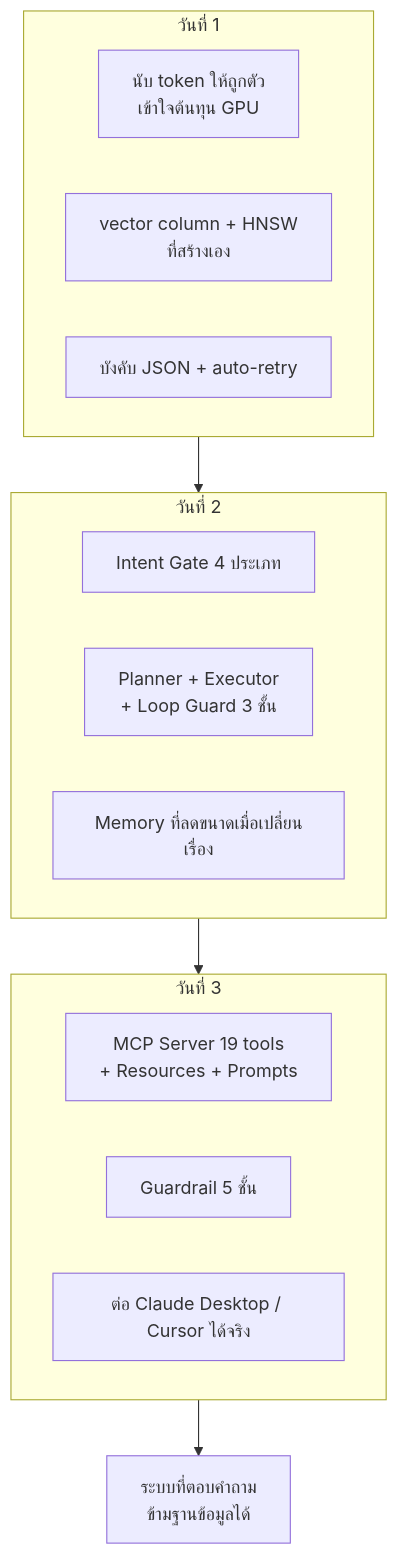
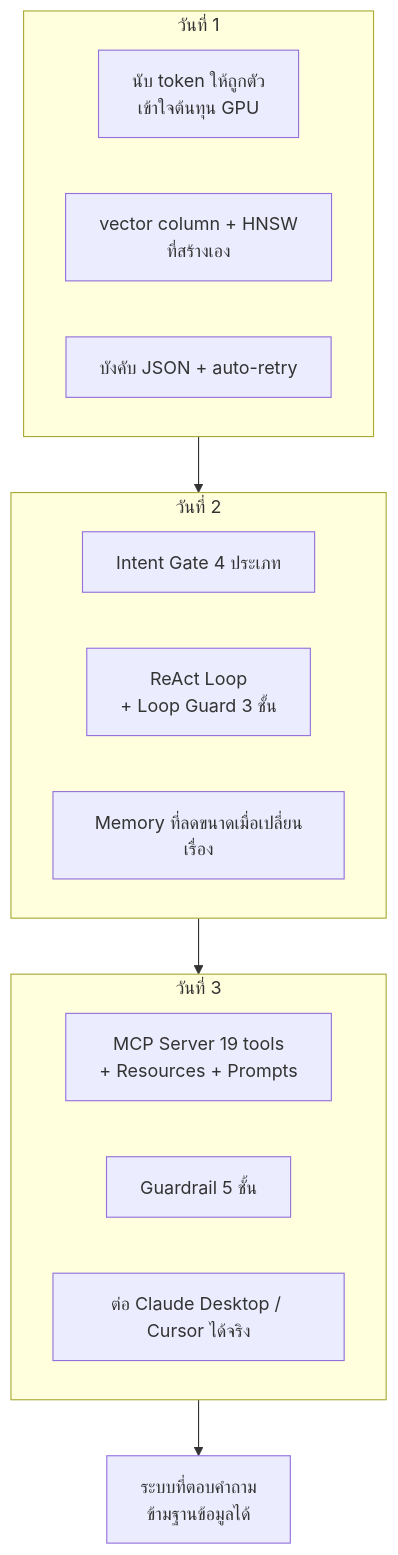
The diagram in INSTRUCTIONS/day3/14-wrap-up-mpls-llm.md (LLM-CE-KMITL/mcp-workshop), drawn with Mermaid before and after one commit. The commit also changed 38 other files, not shown here.

````diff
--- a/INSTRUCTIONS/day3/14-wrap-up-mpls-llm.md
+++ b/INSTRUCTIONS/day3/14-wrap-up-mpls-llm.md
@@ -9,19 +9,19 @@
 ```mermaid
 flowchart TB
     subgraph D1["วันที่ 1"]
         A1["นับ token ให้ถูกตัว<br/>เข้าใจต้นทุน GPU"]
         A2["vector column + HNSW<br/>ที่สร้างเอง"]
         A3["บังคับ JSON + auto-retry"]
     end
     subgraph D2["วันที่ 2"]
         B1["Intent Gate 4 ประเภท"]
-        B2["Planner + Executor<br/>+ Loop Guard 3 ชั้น"]
+        B2["ReAct Loop<br/>+ Loop Guard 3 ชั้น"]
         B3["Memory ที่ลดขนาดเมื่อเปลี่ยนเรื่อง"]
     end
     subgraph D3["วันที่ 3"]
         C1["MCP Server 19 tools<br/>+ Resources + Prompts"]
         C2["Guardrail 5 ชั้น"]
         C3["ต่อ Claude Desktop / Cursor ได้จริง"]
     end
     D1 --> D2 --> D3 --> P["ระบบที่ตอบคำถาม<br/>ข้ามฐานข้อมูลได้"]
 ```
````
